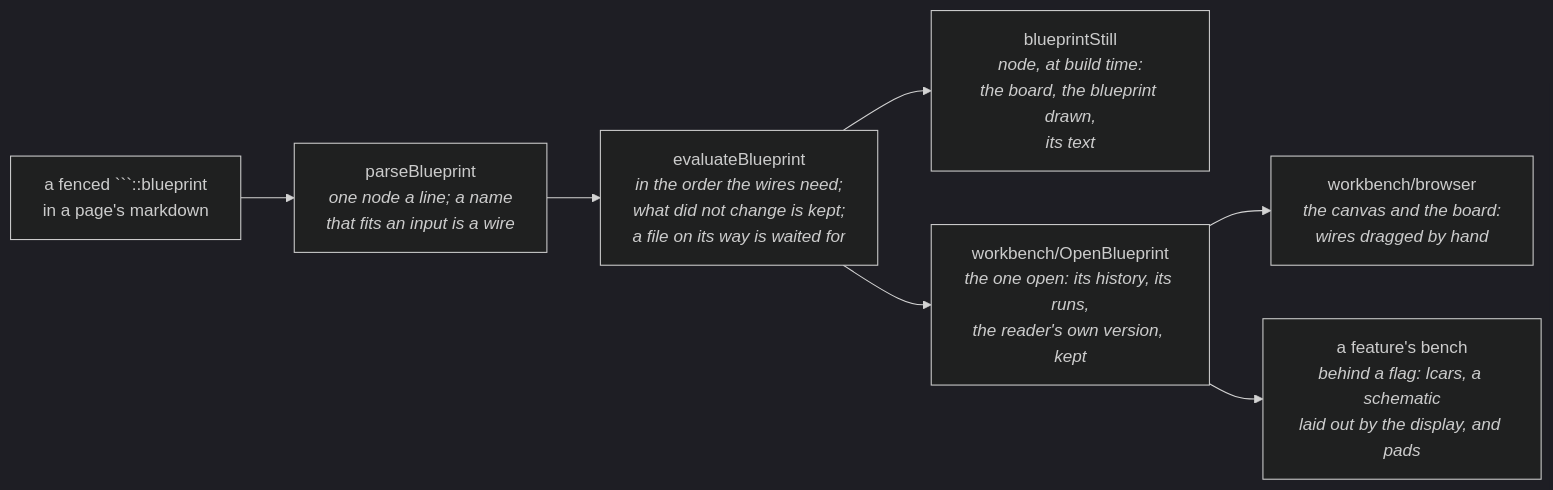
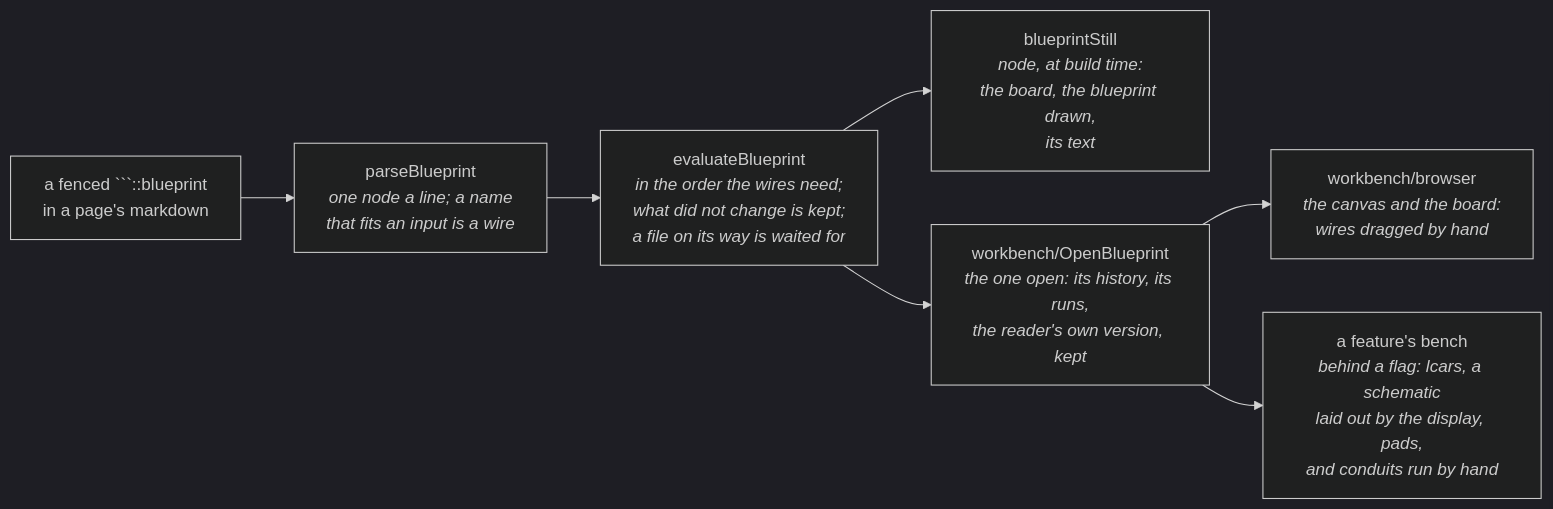
The ninth of 9 diagrams in ARCHITECTURE.md (drpicox/david-rodenas.com), drawn with Mermaid (dark theme) before and after one commit. The commit also changed other lines of this file and 20 other files, not shown here.

````diff
--- a/ARCHITECTURE.md
+++ b/ARCHITECTURE.md
@@ -333,16 +333,16 @@
 ```mermaid
 graph LR
   text["a fenced ```::blueprint<br/>in a page's markdown"]
   parse["parseBlueprint<br/><i>one node a line; a name<br/>that fits an input is a wire</i>"]
   run["evaluateBlueprint<br/><i>in the order the wires need;<br/>what did not change is kept;<br/>a file on its way is waited for</i>"]
   still["blueprintStill<br/><i>node, at build time:<br/>the board, the blueprint drawn,<br/>its text</i>"]
   open["workbench/OpenBlueprint<br/><i>the one open: its history, its runs,<br/>the reader's own version, kept</i>"]
   bench["workbench/browser<br/><i>the canvas and the board:<br/>wires dragged by hand</i>"]
-  other["a feature's bench<br/><i>behind a flag: lcars, a schematic<br/>laid out by the display, and pads</i>"]
+  other["a feature's bench<br/><i>behind a flag: lcars, a schematic<br/>laid out by the display, pads,<br/>and conduits run by hand</i>"]
 
   text --> parse --> run
   run --> still
   run --> open
   open --> bench
   open --> other
 ```
````
